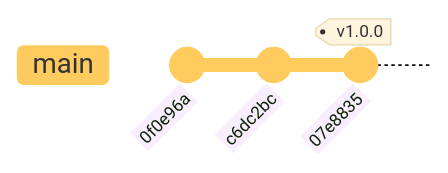
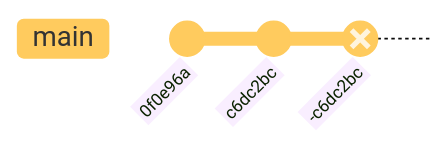
Before and after one commit to umr-marbec/git-training: the seventh of 28 diagrams in git-training.qmd, drawn with Mermaid. The commit also changed other lines of this file and 1 other file, not shown here.

````diff
--- a/git-training.qmd
+++ b/git-training.qmd
@@ -244,10 +248,10 @@
 ```{mermaid}
-%%|label: fig-graph3
+%%|label: graph5
 %%| fig-width: 5
 %%| fig-align: center
 %%{init: { 'logLevel': 'debug', 'theme': 'base', 'gitGraph': {'rotateCommitLabel': true}}}%%
 gitGraph
     commit id: "0f0e96a"
     commit id: "c6dc2bc"
-    commit id: "07e8835" tag: "v1.0.0"
+    commit id: "-c6dc2bc" type: REVERSE
 ```
````
